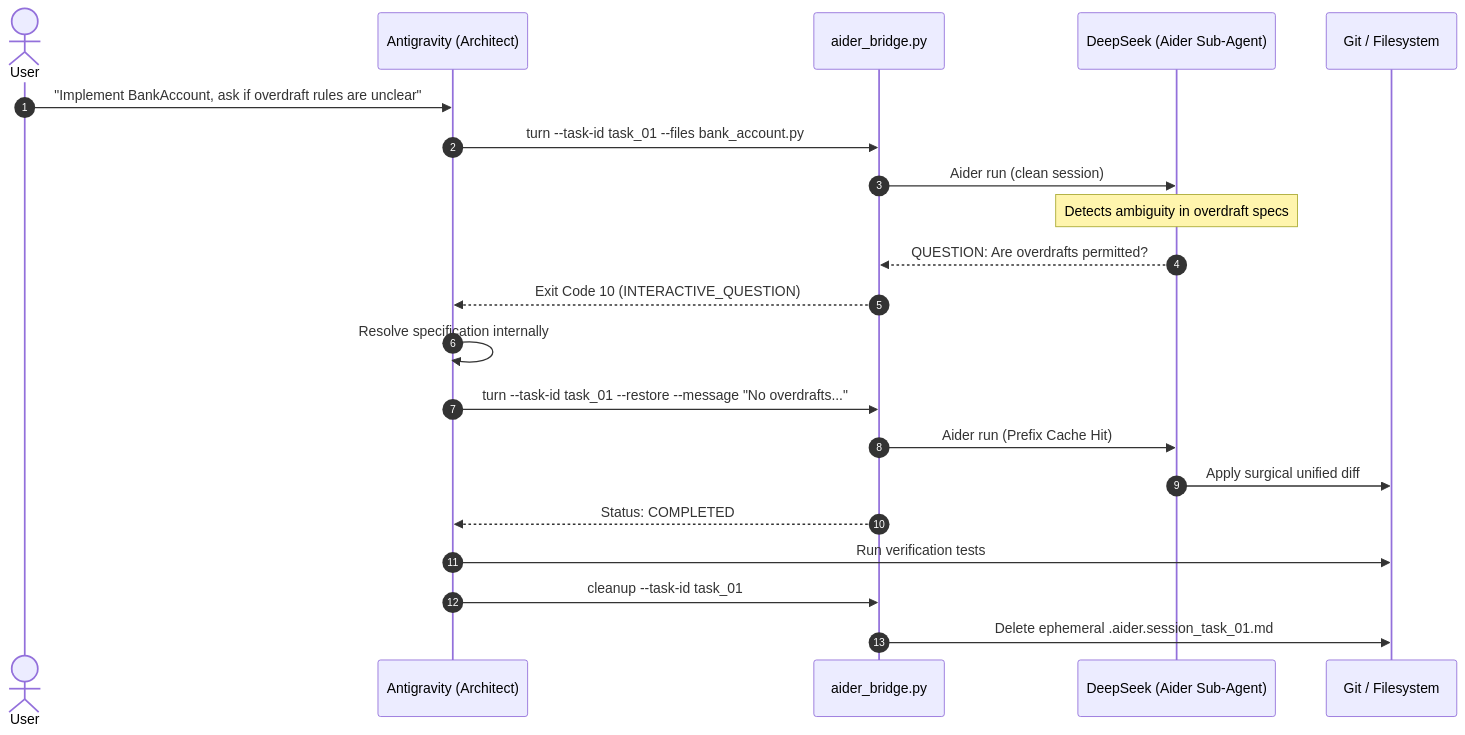
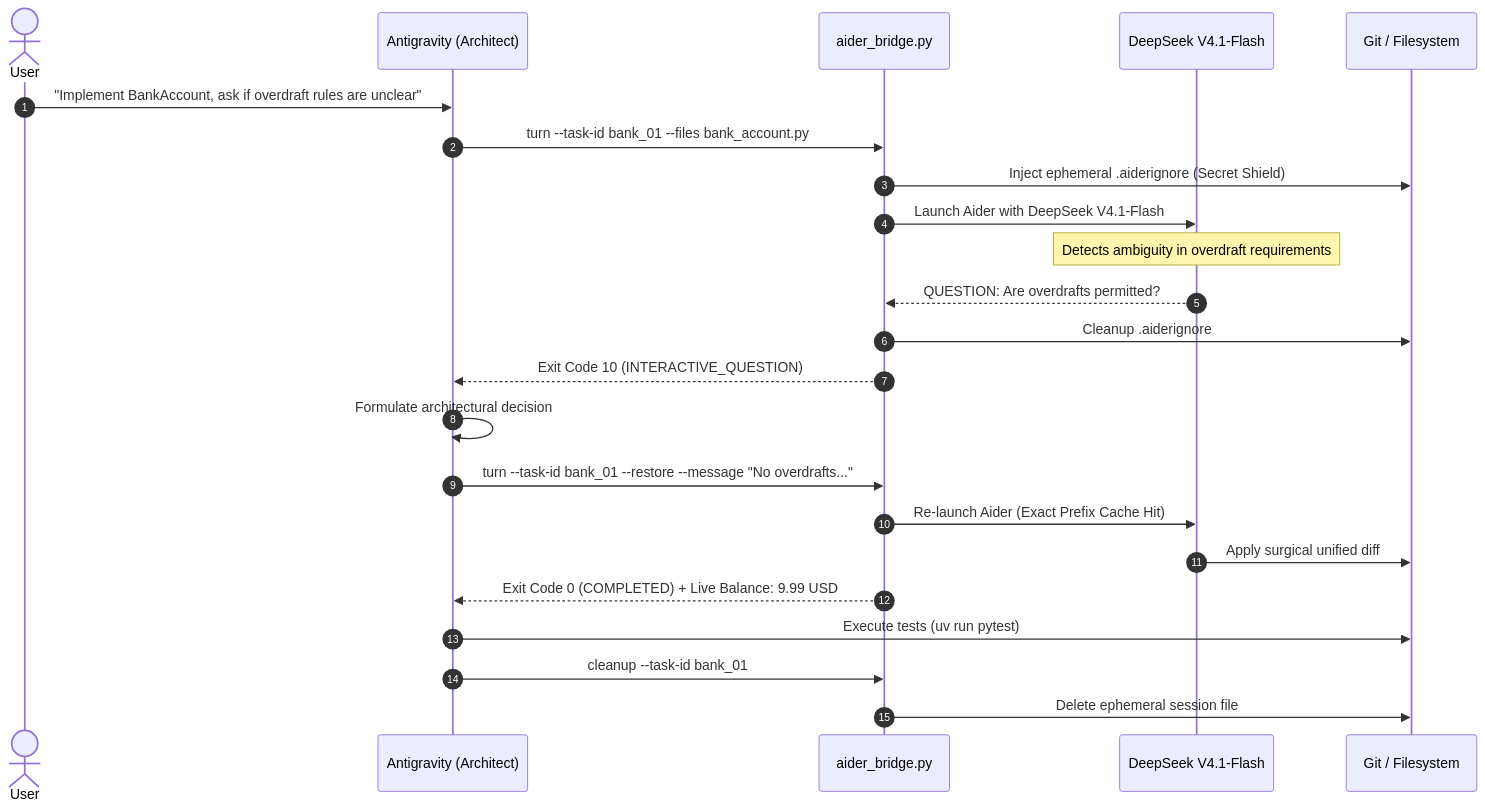
The diagram in README.md (JMartynov/deepseek-aider-antigravity), drawn with Mermaid before and after one commit. The commit also changed other lines of this file and 1 other file, not shown here.

````diff
--- a/README.md
+++ b/README.md
@@ -67,24 +76,26 @@
 ```mermaid
 sequenceDiagram
     autonumber
     actor User
     participant Arch as Antigravity (Architect)
     participant Bridge as aider_bridge.py
-    participant Sub as DeepSeek (Aider Sub-Agent)
+    participant Sub as DeepSeek V4.1-Flash
     participant Disk as Git / Filesystem
 
     User->>Arch: "Implement BankAccount, ask if overdraft rules are unclear"
-    Arch->>Bridge: turn --task-id task_01 --files bank_account.py
-    Bridge->>Sub: Aider run (clean session)
-    Note over Sub: Detects ambiguity in overdraft specs
+    Arch->>Bridge: turn --task-id bank_01 --files bank_account.py
+    Bridge->>Disk: Inject ephemeral .aiderignore (Secret Shield)
+    Bridge->>Sub: Launch Aider with DeepSeek V4.1-Flash
+    Note over Sub: Detects ambiguity in overdraft requirements
     Sub-->>Bridge: QUESTION: Are overdrafts permitted?
+    Bridge->>Disk: Cleanup .aiderignore
     Bridge-->>Arch: Exit Code 10 (INTERACTIVE_QUESTION)
-    Arch->>Arch: Resolve specification internally
-    Arch->>Bridge: turn --task-id task_01 --restore --message "No overdrafts..."
-    Bridge->>Sub: Aider run (Prefix Cache Hit)
+    Arch->>Arch: Formulate architectural decision
+    Arch->>Bridge: turn --task-id bank_01 --restore --message "No overdrafts..."
+    Bridge->>Sub: Re-launch Aider (Exact Prefix Cache Hit)
     Sub->>Disk: Apply surgical unified diff
-    Bridge-->>Arch: Status: COMPLETED
-    Arch->>Disk: Run verification tests
-    Arch->>Bridge: cleanup --task-id task_01
-    Bridge->>Disk: Delete ephemeral .aider.session_task_01.md
+    Bridge-->>Arch: Exit Code 0 (COMPLETED) + Live Balance: 9.99 USD
+    Arch->>Disk: Execute tests (uv run pytest)
+    Arch->>Bridge: cleanup --task-id bank_01
+    Bridge->>Disk: Delete ephemeral session file
 ```
````
